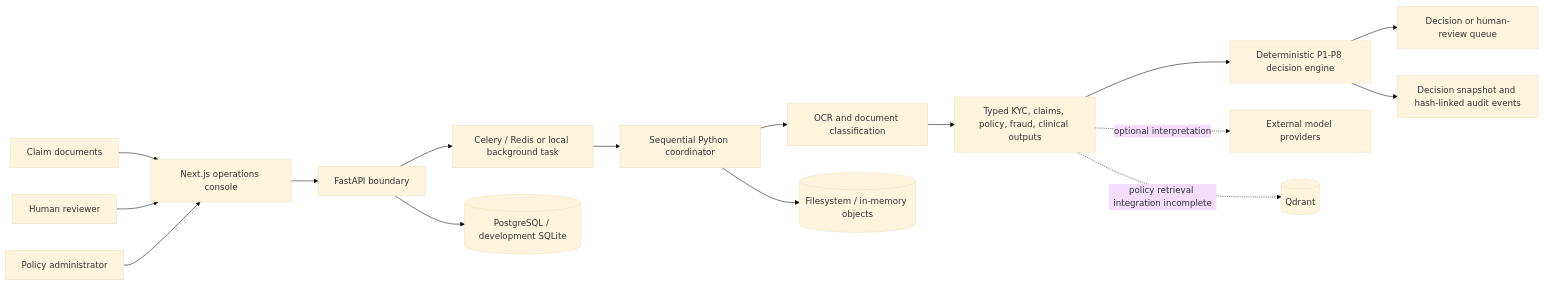
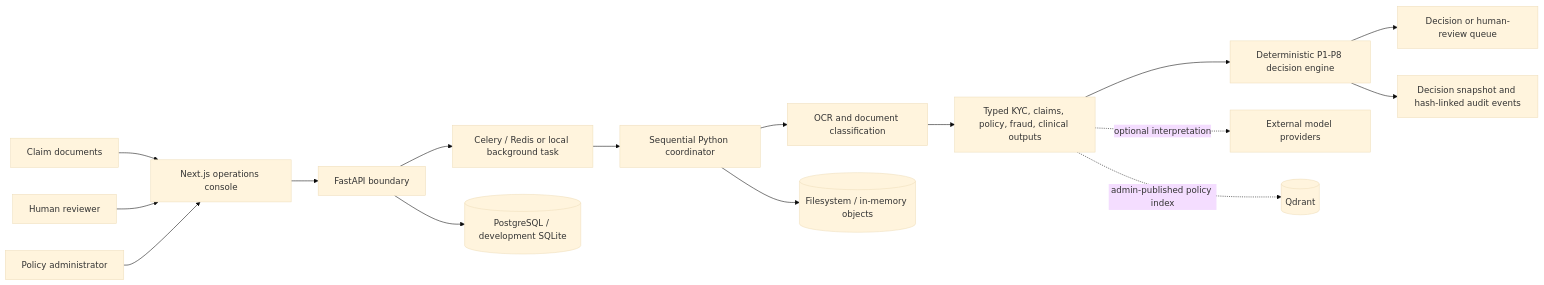
Before and after one commit to barbadikaramey-cloud/medishield: the first of 8 diagrams in README.md, drawn with Mermaid (base theme). The commit also changed other lines of this file and 40 other files, not shown here.

````diff
--- a/README.md
+++ b/README.md
@@ -49,18 +49,18 @@
 ```mermaid
 flowchart LR
     Submitter[Claim documents] --> UI[Next.js operations console]
     Reviewer[Human reviewer] --> UI
     Admin[Policy administrator] --> UI
     UI --> API[FastAPI boundary]
     API --> Dispatch[Celery / Redis or local background task]
     Dispatch --> Coordinator[Sequential Python coordinator]
     Coordinator --> OCR[OCR and document classification]
     OCR --> Specialists[Typed KYC, claims, policy, fraud, clinical outputs]
     Specialists --> Rules[Deterministic P1-P8 decision engine]
     Rules --> Review[Decision or human-review queue]
     API --> SQL[(PostgreSQL / development SQLite)]
     Coordinator --> Objects[(Filesystem / in-memory objects)]
     Specialists -. optional interpretation .-> Models[External model providers]
-    Specialists -. policy retrieval integration incomplete .-> Index[(Qdrant)]
+    Specialists -. admin-published policy index .-> Index[(Qdrant)]
     Rules --> Audit[Decision snapshot and hash-linked audit events]
 ```
````
